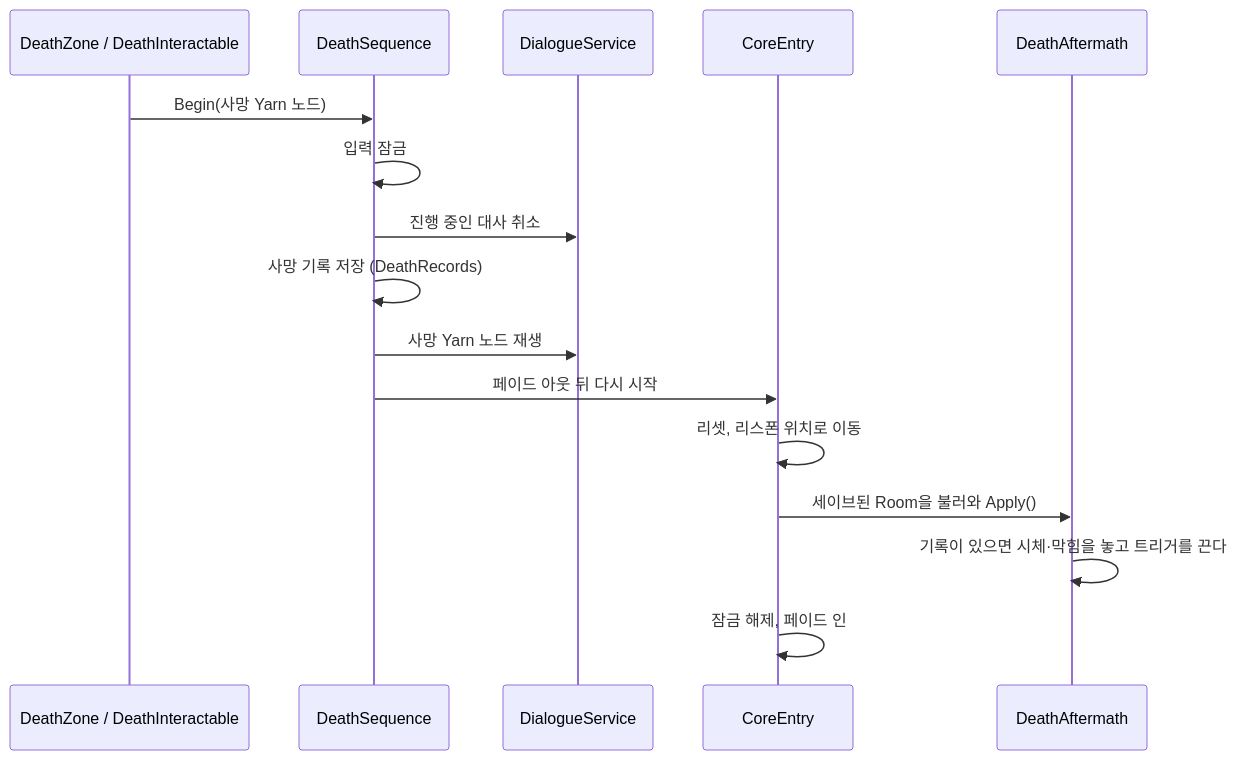
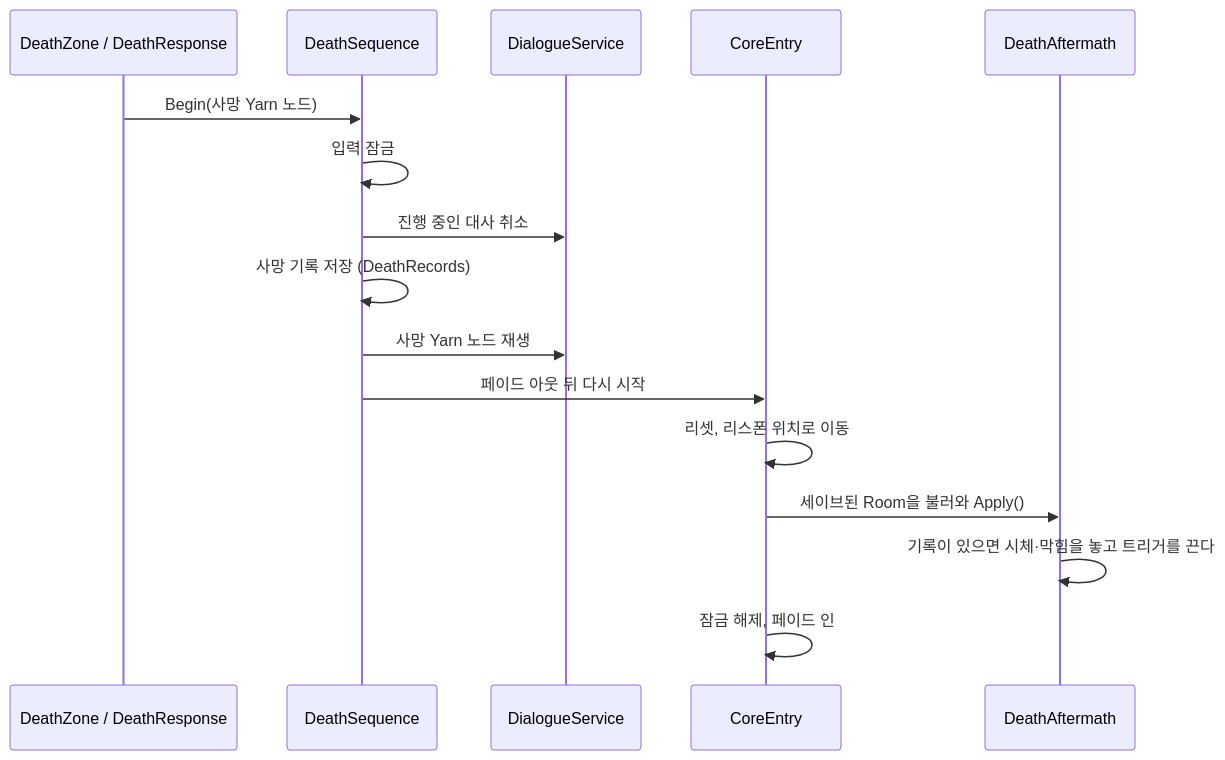
One commit to GaaamJ/Gaze changed the diagram in Docs/기획서/시스템/죽음 시스템.md. Above: the diagram before and after it, drawn with Mermaid. The commit also changed other lines of this file and 30 other files, not shown here.

````diff
--- a/Docs/기획서/시스템/죽음 시스템.md
+++ b/Docs/기획서/시스템/죽음 시스템.md
@@ -36,19 +36,19 @@
 ```mermaid
 sequenceDiagram
-    participant T as DeathZone / DeathInteractable
+    participant T as DeathZone / DeathResponse
     participant S as DeathSequence
     participant D as DialogueService
     participant C as CoreEntry
     participant A as DeathAftermath
 
     T->>S: Begin(사망 Yarn 노드)
     S->>S: 입력 잠금
     S->>D: 진행 중인 대사 취소
     S->>S: 사망 기록 저장 (DeathRecords)
     S->>D: 사망 Yarn 노드 재생
     S->>C: 페이드 아웃 뒤 다시 시작
     C->>C: 리셋, 리스폰 위치로 이동
     C->>A: 세이브된 Room을 불러와 Apply()
     A->>A: 기록이 있으면 시체·막힘을 놓고 트리거를 끈다
     C->>C: 잠금 해제, 페이드 인
 ```
````
